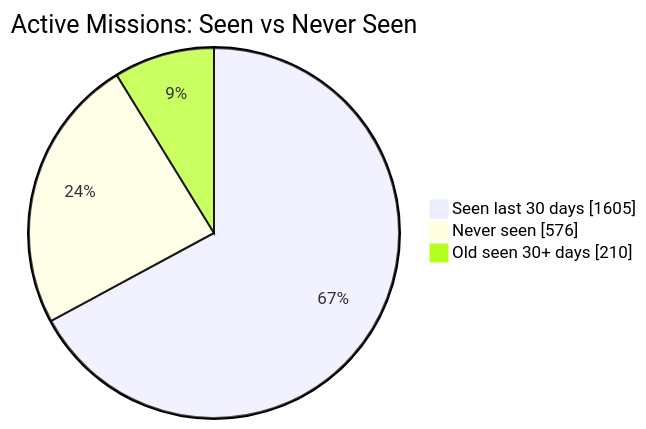
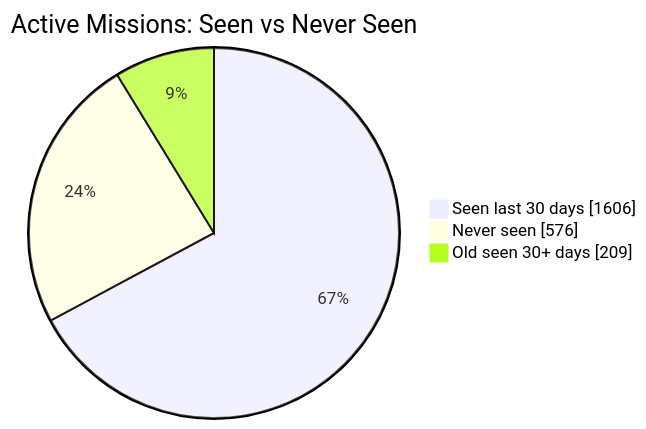
One commit to MeldkamerspelGameTeam/active-missions changed the first of 2 diagrams in README.md. Above: the diagram before and after it, drawn with Mermaid. The commit also changed other lines of this file and 2 other files, not shown here.

````diff
--- a/README.md
+++ b/README.md
@@ -34,7 +34,7 @@
 ```mermaid
 pie showData
     title Active Missions: Seen vs Never Seen
-    "Seen last 30 days" : 1605
+    "Seen last 30 days" : 1606
     "Never seen" : 576
-    "Old seen 30+ days" : 210
+    "Old seen 30+ days" : 209
 ```
````
